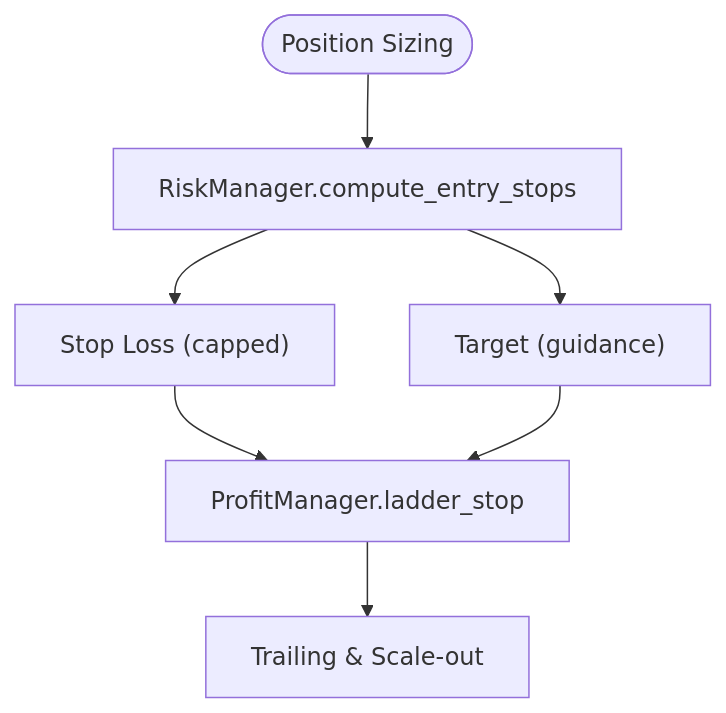
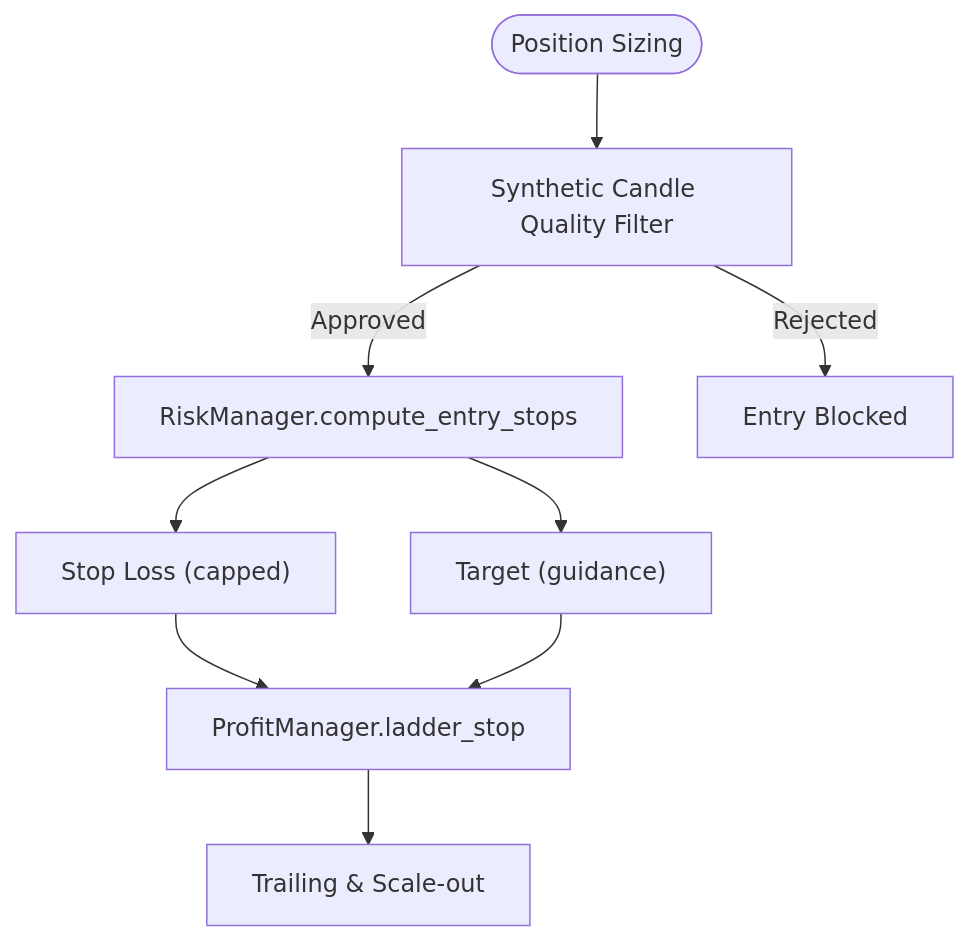
The ninth of 11 diagrams in .qoder/repowiki/en/content/Core Trading Engine/Scalping Strategy Engine.md (tauqeersiddiqui-art/tradingsystem), drawn with Mermaid before and after one commit. The commit also changed other lines of this file and 71 other files, not shown here.

Commit message:
Add rejection-first entry quality filters, entry-quality ML target with fail-hard pipeline, post-trade loss classification, and reproducible Phase-8 backtest

````diff
--- a/.qoder/repowiki/en/content/Core Trading Engine/Scalping Strategy Engine.md
+++ b/.qoder/repowiki/en/content/Core Trading Engine/Scalping Strategy Engine.md
@@ -279,9 +388,11 @@
 ```mermaid
 flowchart TD
-P0(["Position Sizing"]) --> RM["RiskManager.compute_entry_stops"]
+P0(["Position Sizing"]) --> Quality["Synthetic Candle Quality Filter"]
+Quality --> |Approved| RM["RiskManager.compute_entry_stops"]
+Quality --> |Rejected| Block["Entry Blocked"]
 RM --> SL["Stop Loss (capped)"]
 RM --> TP["Target (guidance)"]
 SL --> PM["ProfitManager.ladder_stop"]
 TP --> PM
 PM --> Trail["Trailing & Scale-out"]
 ```
````
